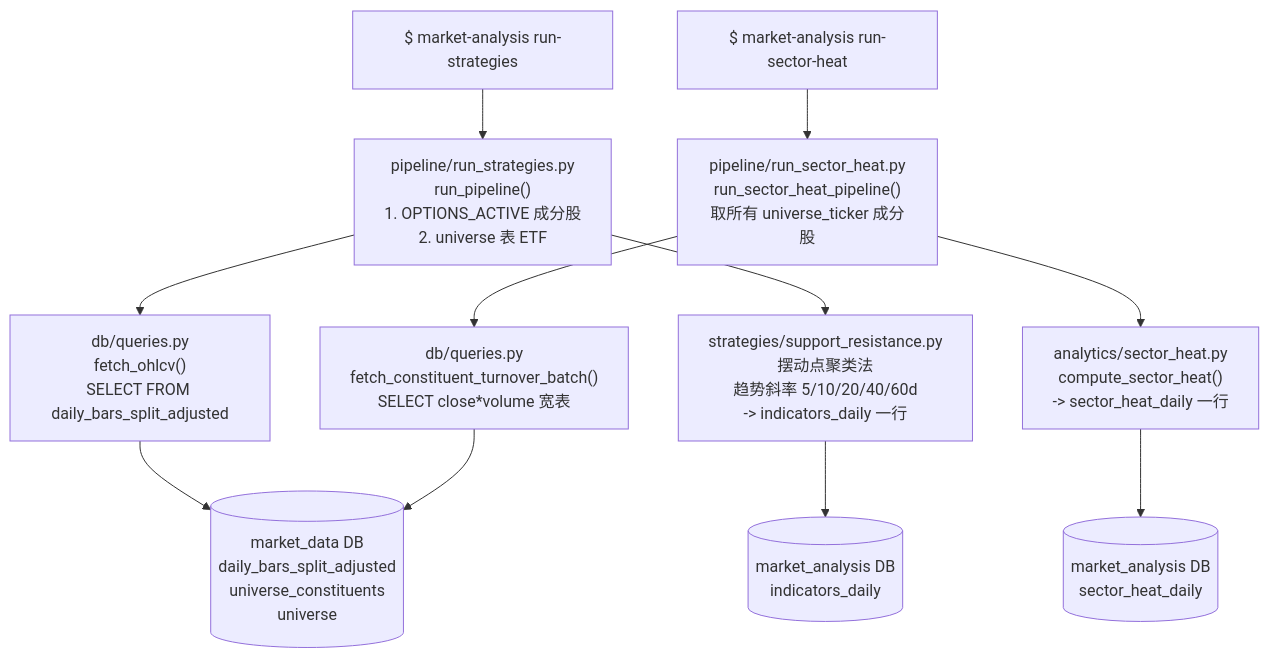
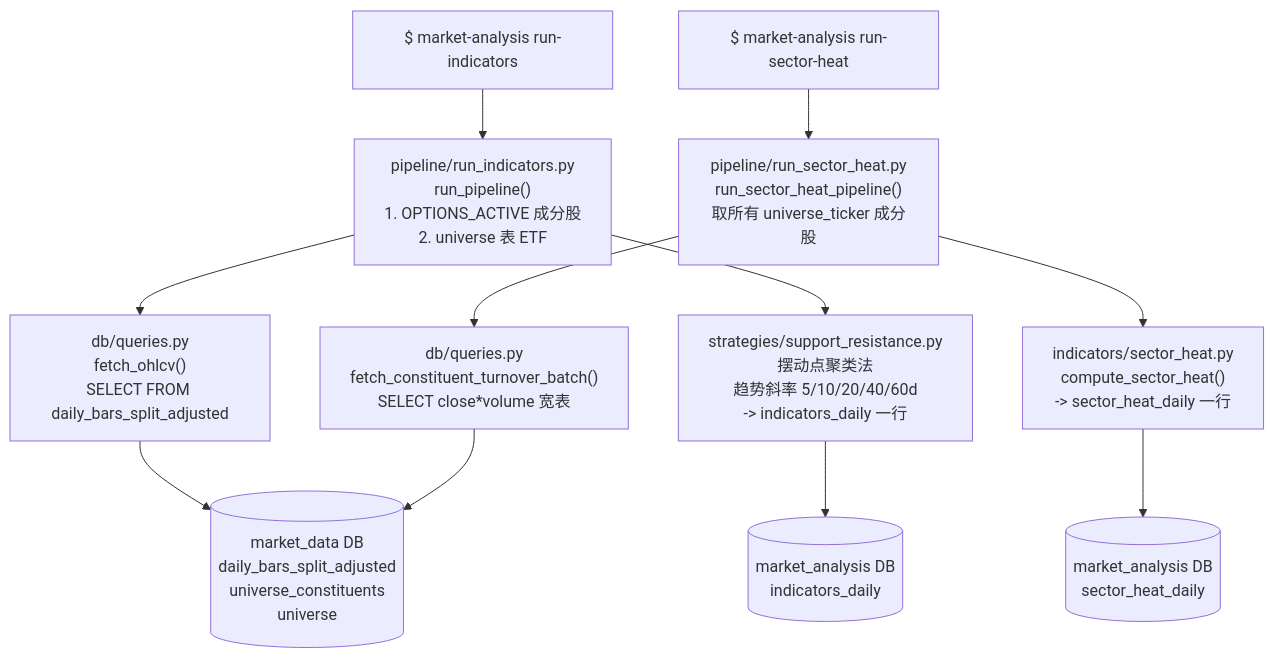
Before and after one commit to mason334/market_analysis: the first of 2 diagrams in README.md, drawn with Mermaid. The commit also changed other lines of this file and 21 other files, not shown here.

````diff
--- a/README.md
+++ b/README.md
@@ -238,23 +259,23 @@
 ```mermaid
 flowchart TD
-    CMD_SR["$ market-analysis run-strategies"]
+    CMD_SR["$ market-analysis run-indicators"]
     CMD_SH["$ market-analysis run-sector-heat"]
 
-    RP_SR["pipeline/run_strategies.py\nrun_pipeline()\n1. OPTIONS_ACTIVE 成分股\n2. universe 表 ETF"]
+    RP_SR["pipeline/run_indicators.py\nrun_pipeline()\n1. OPTIONS_ACTIVE 成分股\n2. universe 表 ETF"]
     RP_SH["pipeline/run_sector_heat.py\nrun_sector_heat_pipeline()\n取所有 universe_ticker 成分股"]
 
     FO["db/queries.py\nfetch_ohlcv()\nSELECT FROM daily_bars_split_adjusted"]
     FT["db/queries.py\nfetch_constituent_turnover_batch()\nSELECT close*volume 宽表"]
 
     SR["strategies/support_resistance.py\n摆动点聚类法\n趋势斜率 5/10/20/40/60d\n-> indicators_daily 一行"]
-    SH["analytics/sector_heat.py\ncompute_sector_heat()\n-> sector_heat_daily 一行"]
+    SH["indicators/sector_heat.py\ncompute_sector_heat()\n-> sector_heat_daily 一行"]
 
     DST_SR[("market_analysis DB\nindicators_daily")]
     DST_SH[("market_analysis DB\nsector_heat_daily")]
     SRC[("market_data DB\ndaily_bars_split_adjusted\nuniverse_constituents\nuniverse")]
 
     CMD_SR --> RP_SR --> FO --> SRC
     RP_SR --> SR --> DST_SR
     CMD_SH --> RP_SH --> FT --> SRC
     RP_SH --> SH --> DST_SH
 ```
````
